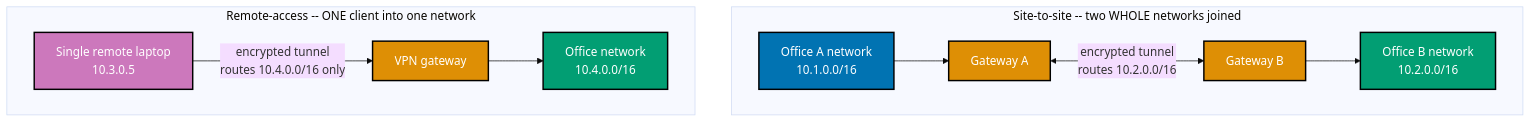
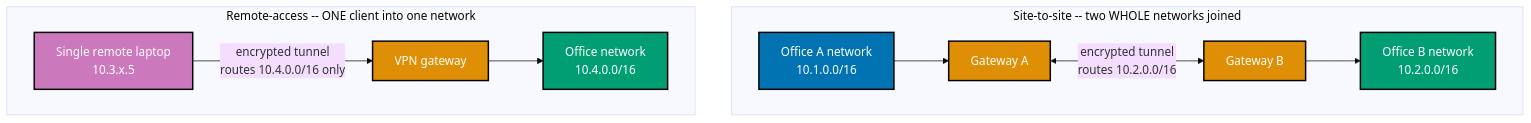
Before and after one commit to wahidyankf/ose-public: the diagram in apps/ayokoding-www/content/en/learn/courses/advanced-networking/learning/vpn-and-overlay.md, drawn with Mermaid (base theme). The commit also changed 20 other files, not shown here.

````diff
--- a/apps/ayokoding-www/content/en/learn/courses/advanced-networking/learning/vpn-and-overlay.md
+++ b/apps/ayokoding-www/content/en/learn/courses/advanced-networking/learning/vpn-and-overlay.md
@@ -342,18 +342,18 @@
 ```mermaid
 %% Color Palette: Blue #0173B2, Orange #DE8F05, Teal #029E73, Purple #CC78BC, Brown #CA9161
 graph TD
     subgraph SiteToSite["Site-to-site -- two WHOLE networks joined"]
         A1["Office A network<br/>10.1.0.0/16"]:::blue --> GW1["Gateway A"]:::orange
         GW1 <-->|"encrypted tunnel<br/>routes 10.2.0.0/16"| GW2["Gateway B"]:::orange
         GW2 --> A2["Office B network<br/>10.2.0.0/16"]:::teal
     end
     subgraph RemoteAccess["Remote-access -- ONE client into one network"]
-        C["Single remote laptop<br/>10.3.0.5"]:::purple -->|"encrypted tunnel<br/>routes 10.4.0.0/16 only"| GW3["VPN gateway"]:::orange
+        C["Single remote laptop<br/>10.3.x.5"]:::purple -->|"encrypted tunnel<br/>routes 10.4.0.0/16 only"| GW3["VPN gateway"]:::orange
         GW3 --> Net["Office network<br/>10.4.0.0/16"]:::teal
     end
 
     classDef blue fill:#0173B2,stroke:#000000,color:#FFFFFF,stroke-width:2px
     classDef orange fill:#DE8F05,stroke:#000000,color:#FFFFFF,stroke-width:2px
     classDef teal fill:#029E73,stroke:#000000,color:#FFFFFF,stroke-width:2px
     classDef purple fill:#CC78BC,stroke:#000000,color:#FFFFFF,stroke-width:2px
 ```
````
